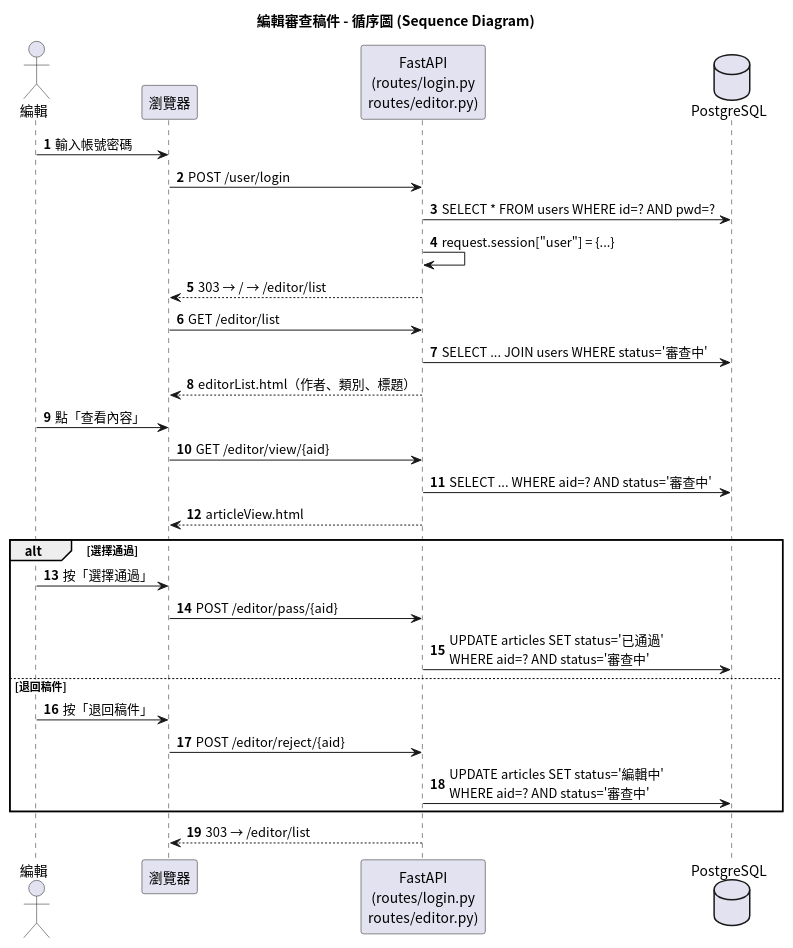
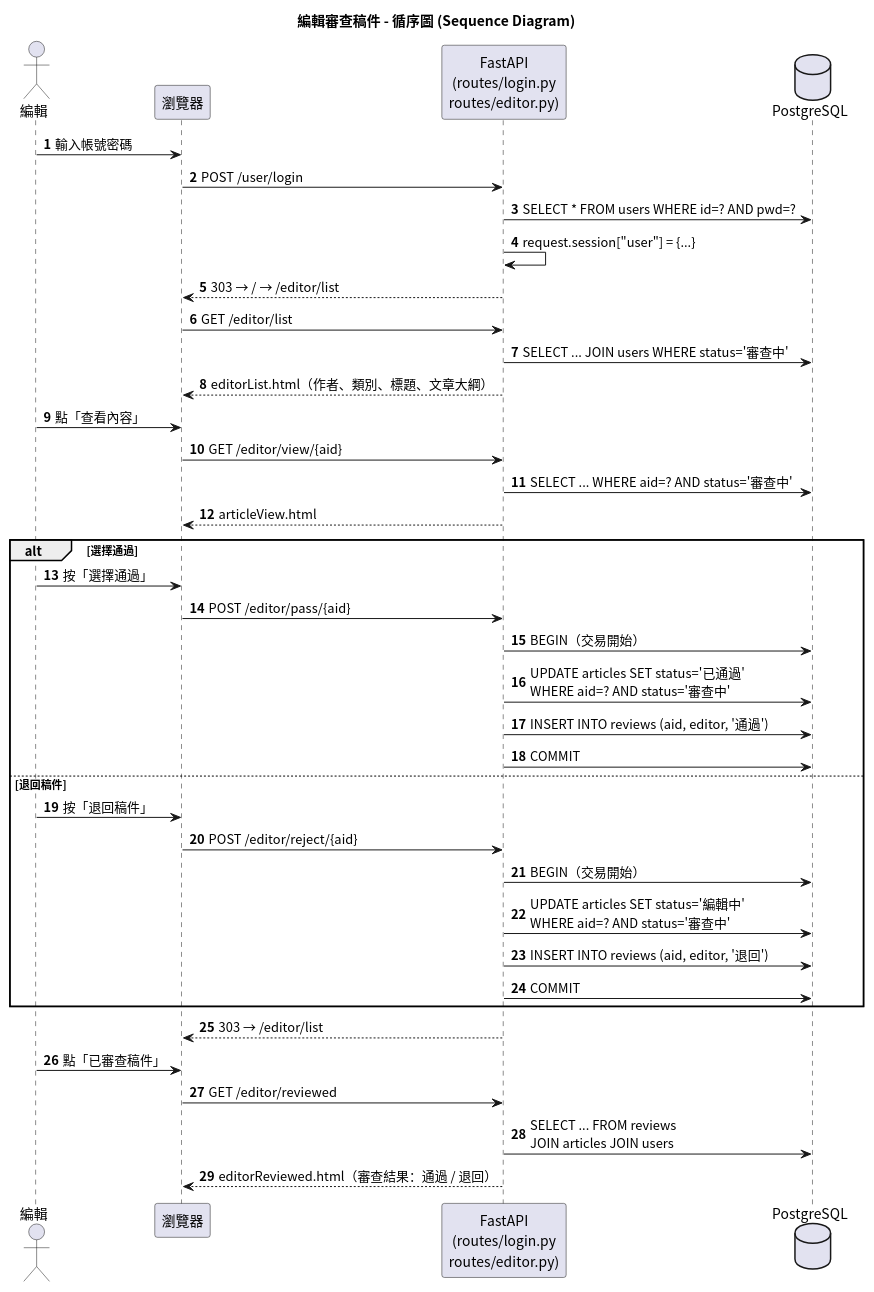
The diagram in docs/uml/05_sequence_editor.puml (617-lyx/1151se_mid), drawn with PlantUML before and after one commit. The commit also changed 20 other files, not shown here.

```diff
--- a/docs/uml/05_sequence_editor.puml
+++ b/docs/uml/05_sequence_editor.puml
@@ -1,34 +1,44 @@
 @startuml 05_sequence_editor
 skinparam defaultFontName "Noto Sans CJK TC"
 skinparam shadowing false
 skinparam backgroundColor white
 title 編輯審查稿件 - 循序圖 (Sequence Diagram)
 autonumber
 actor 編輯
 participant "瀏覽器" as BR
 participant "FastAPI\n(routes/login.py\nroutes/editor.py)" as API
 database "PostgreSQL" as DB
 
 編輯 -> BR : 輸入帳號密碼
 BR -> API : POST /user/login
 API -> DB : SELECT * FROM users WHERE id=? AND pwd=?
 API -> API : request.session["user"] = {...}
 API --> BR : 303 → / → /editor/list
 BR -> API : GET /editor/list
 API -> DB : SELECT ... JOIN users WHERE status='審查中'
-API --> BR : editorList.html（作者、類別、標題）
+API --> BR : editorList.html（作者、類別、標題、文章大綱）
 編輯 -> BR : 點「查看內容」
 BR -> API : GET /editor/view/{aid}
 API -> DB : SELECT ... WHERE aid=? AND status='審查中'
 API --> BR : articleView.html
 alt 選擇通過
   編輯 -> BR : 按「選擇通過」
   BR -> API : POST /editor/pass/{aid}
+  API -> DB : BEGIN（交易開始）
   API -> DB : UPDATE articles SET status='已通過'\nWHERE aid=? AND status='審查中'
+  API -> DB : INSERT INTO reviews (aid, editor, '通過')
+  API -> DB : COMMIT
 else 退回稿件
   編輯 -> BR : 按「退回稿件」
   BR -> API : POST /editor/reject/{aid}
+  API -> DB : BEGIN（交易開始）
   API -> DB : UPDATE articles SET status='編輯中'\nWHERE aid=? AND status='審查中'
+  API -> DB : INSERT INTO reviews (aid, editor, '退回')
+  API -> DB : COMMIT
 end
 API --> BR : 303 → /editor/list
+編輯 -> BR : 點「已審查稿件」
+BR -> API : GET /editor/reviewed
+API -> DB : SELECT ... FROM reviews\nJOIN articles JOIN users
+API --> BR : editorReviewed.html（審查結果：通過 / 退回）
 @enduml
```
